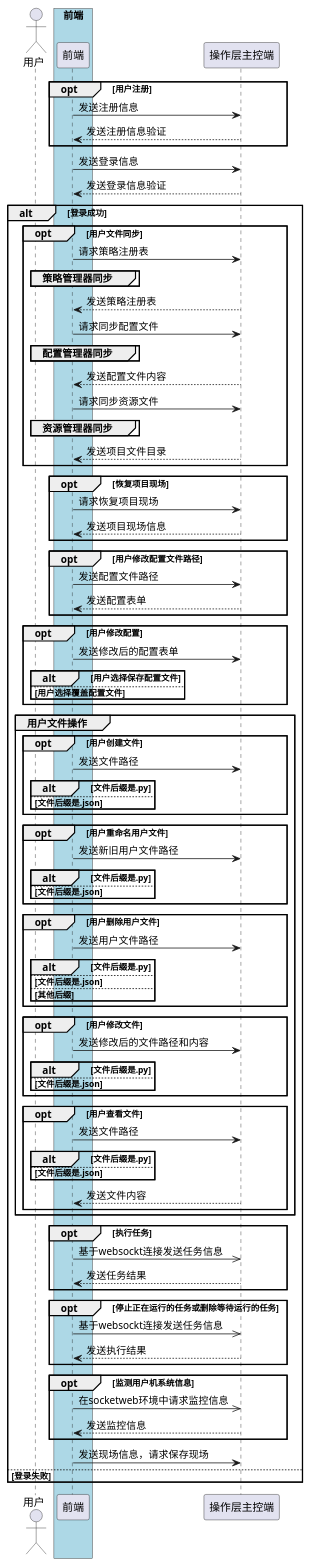
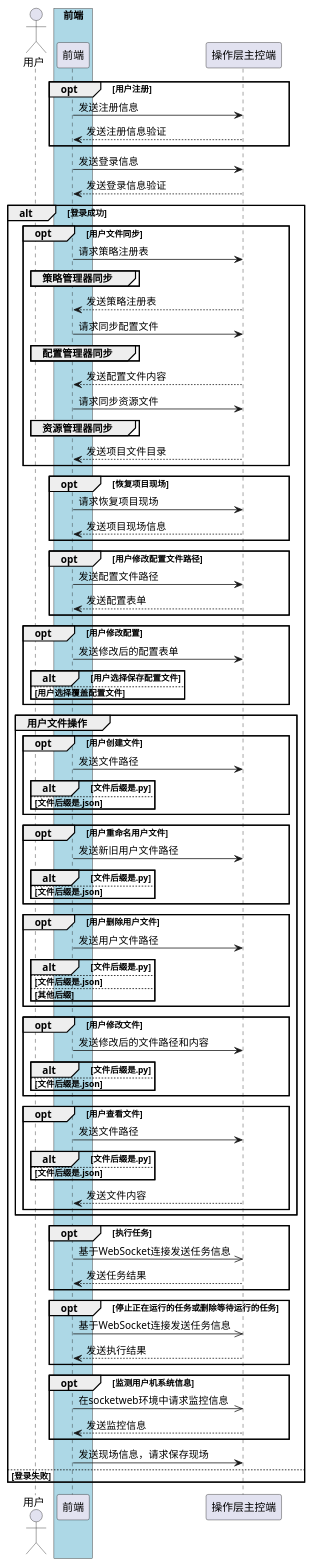
One commit to Lex-voda/CodeWeb-Python changed the diagram in API/operation/op-api.puml. Above: the diagram before and after it, drawn with PlantUML. The commit also changed 3 other files, not shown here.

```diff
--- a/API/operation/op-api.puml
+++ b/API/operation/op-api.puml
@@ -1,100 +1,100 @@
 @startuml
 
 actor 用户
 box "前端" #LightBlue
 participant "前端" as Frontend
 end box
 
 participant "操作层主控端" as OperationEnd
 
 opt 用户注册
     Frontend -> OperationEnd: 发送注册信息
     OperationEnd --> Frontend: 发送注册信息验证
 end
 
 Frontend -> OperationEnd : 发送登录信息
 OperationEnd --> Frontend: 发送登录信息验证
 alt 登录成功
     opt 用户文件同步
         Frontend -> OperationEnd: 请求策略注册表
         group 策略管理器同步
         end
         OperationEnd --> Frontend: 发送策略注册表
         Frontend -> OperationEnd: 请求同步配置文件
         group 配置管理器同步
         end
         OperationEnd --> Frontend: 发送配置文件内容
         Frontend -> OperationEnd: 请求同步资源文件
         group 资源管理器同步
         end
         OperationEnd --> Frontend: 发送项目文件目录
     end
 
     opt 恢复项目现场
         Frontend -> OperationEnd: 请求恢复项目现场
         OperationEnd --> Frontend: 发送项目现场信息
     end
     opt 用户修改配置文件路径
         Frontend -> OperationEnd: 发送配置文件路径
 
         OperationEnd --> Frontend: 发送配置表单
     end
     opt 用户修改配置
         Frontend -> OperationEnd: 发送修改后的配置表单
         alt 用户选择保存配置文件
         else 用户选择覆盖配置文件
         end
     end
     group 用户文件操作
         opt 用户创建文件
             Frontend -> OperationEnd: 发送文件路径
             alt 文件后缀是.py
             else 文件后缀是.json
             end
         end
         opt 用户重命名用户文件
             Frontend -> OperationEnd: 发送新旧用户文件路径
             alt 文件后缀是.py
             else 文件后缀是.json
             end
         end
         opt 用户删除用户文件
             Frontend -> OperationEnd: 发送用户文件路径
             alt 文件后缀是.py
             else 文件后缀是.json
             else 其他后缀
             end
         end
 
         opt 用户修改文件
             Frontend -> OperationEnd: 发送修改后的文件路径和内容
             alt 文件后缀是.py
             else 文件后缀是.json
             end
         end
         opt 用户查看文件
             Frontend -> OperationEnd: 发送文件路径
             alt 文件后缀是.py
             else 文件后缀是.json
             end
             OperationEnd --> Frontend: 发送文件内容
         end
     end
     opt 执行任务
-        Frontend ->> OperationEnd: 基于websockt连接发送任务信息
+        Frontend ->> OperationEnd: 基于WebSocket连接发送任务信息
         OperationEnd --> Frontend: 发送任务结果
     end
     opt 停止正在运行的任务或删除等待运行的任务
-        Frontend ->> OperationEnd: 基于websockt连接发送任务信息
+        Frontend ->> OperationEnd: 基于WebSocket连接发送任务信息
         OperationEnd --> Frontend: 发送执行结果
     end
     opt 监测用户机系统信息
         Frontend ->> OperationEnd: 在socketweb环境中请求监控信息
         OperationEnd --> Frontend: 发送监控信息
     end
     Frontend -> OperationEnd: 发送现场信息，请求保存现场
 
 else 登录失败
 end
 
 @enduml
```
